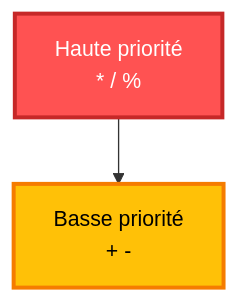
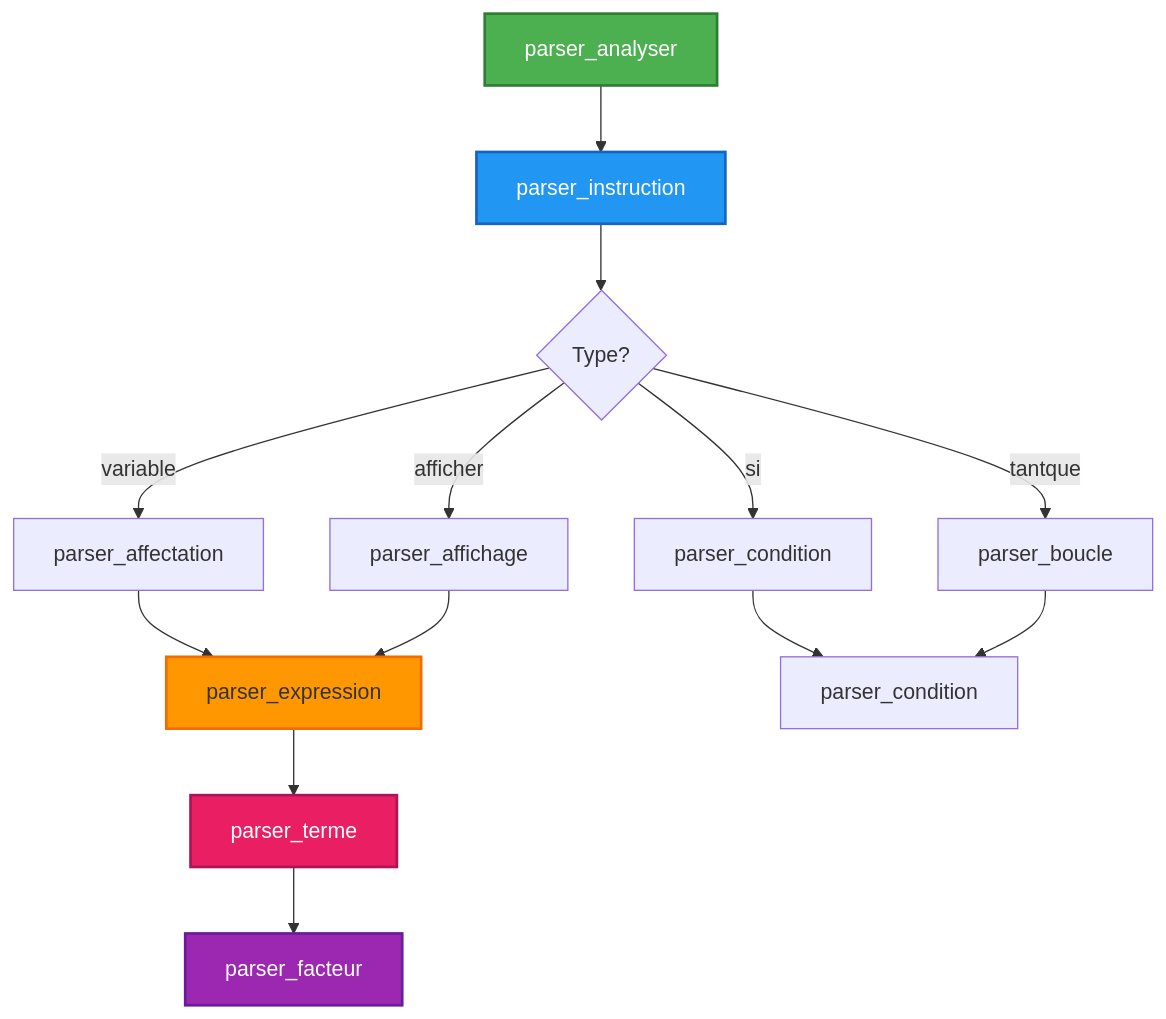
The fifth of 13 diagrams in ARCHITECTURE.md (Yahia995/galant-compiler), drawn with Mermaid before and after one commit. The commit also changed other lines of this file, not shown here.

````diff
--- a/ARCHITECTURE.md
+++ b/ARCHITECTURE.md
@@ -402,7 +459,24 @@
 ```mermaid
 graph TD
-    A["Haute priorité<br/>* / %"] --> B["Basse priorité<br/>+ -"]
+    A[parser_analyser] --> B[parser_instruction]
+    B --> C{Type?}
     
-    style A fill:#ff5252,stroke:#c62828,stroke-width:3px,color:#ffffff
-    style B fill:#ffc107,stroke:#f57c00,stroke-width:3px,color:#000000
+    C -->|variable| D[parser_affectation]
+    C -->|afficher| E[parser_affichage]
+    C -->|si| F[parser_condition]
+    C -->|tantque| G[parser_boucle]
+    
+    D --> H[parser_expression]
+    E --> H
+    F --> I[parser_condition]
+    G --> I
+    
+    H --> J[parser_terme]
+    J --> K[parser_facteur]
+    
+    style A fill:#4caf50,stroke:#2e7d32,stroke-width:2px,color:#fff
+    style B fill:#2196f3,stroke:#1565c0,stroke-width:2px,color:#fff
+    style H fill:#ff9800,stroke:#ef6c00,stroke-width:2px
+    style J fill:#e91e63,stroke:#ad1457,stroke-width:2px,color:#fff
+    style K fill:#9c27b0,stroke:#6a1b9a,stroke-width:2px,color:#fff
 ```
````
